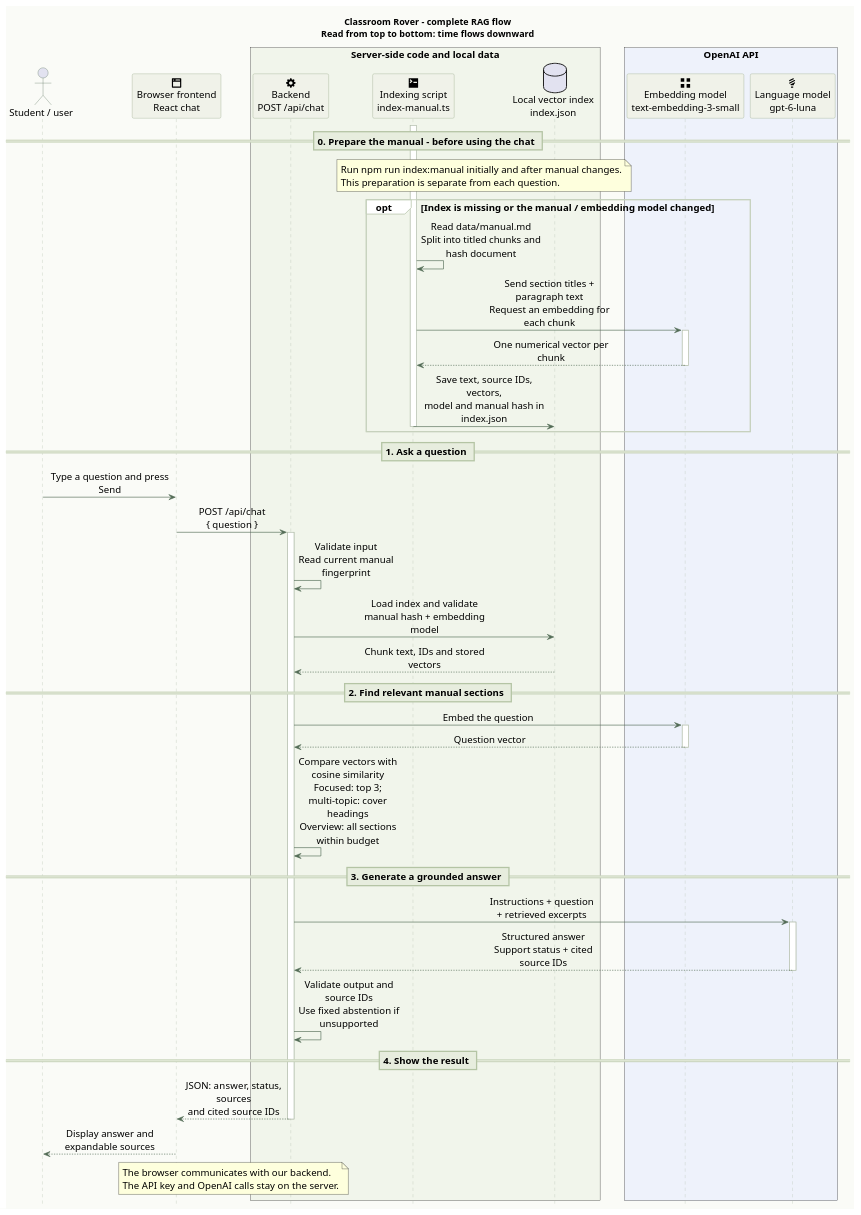
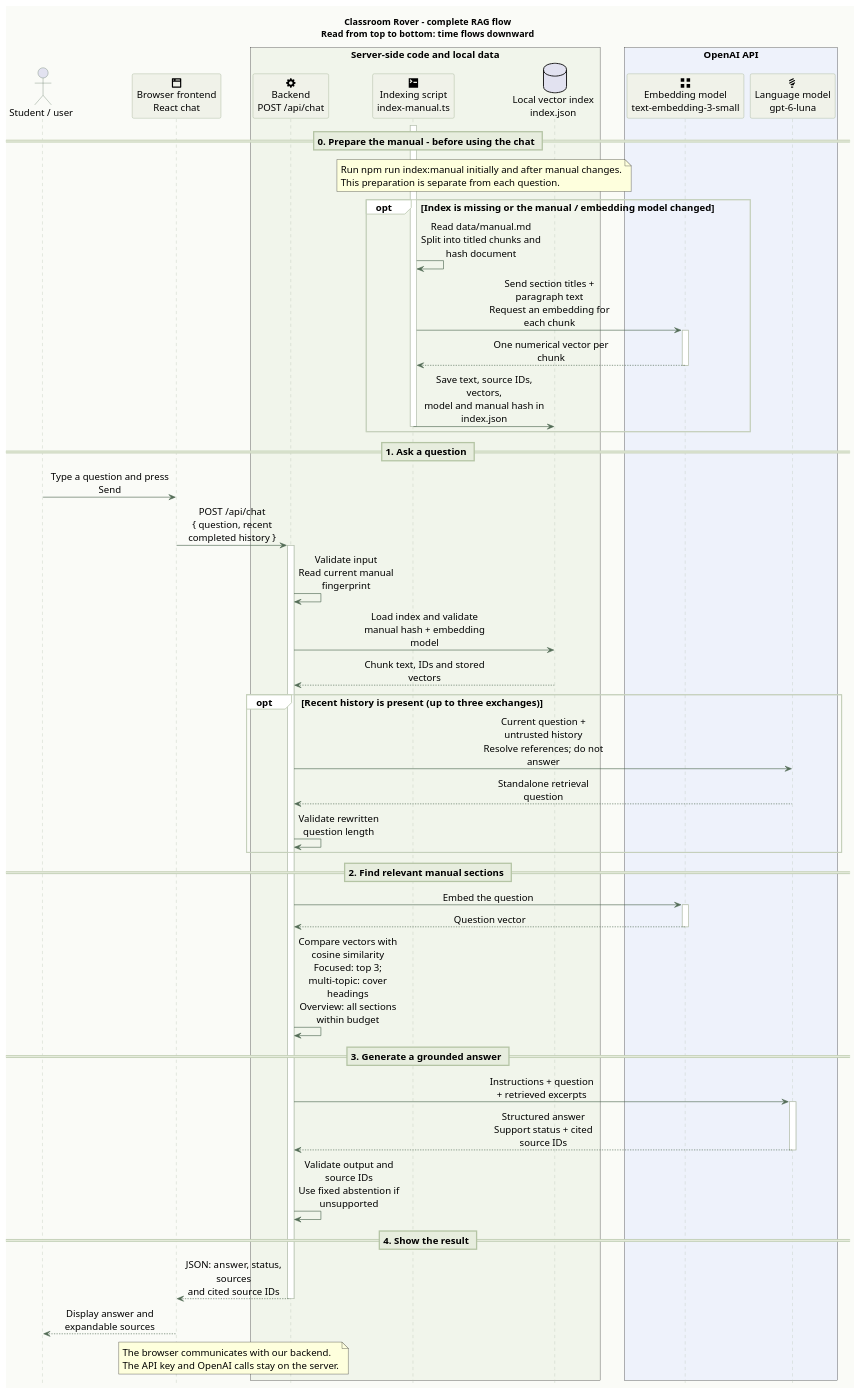
Before and after one commit to vstrah00/robot-manual-rag: the diagram in docs/architecture.puml, drawn with PlantUML. The commit also changed 16 other files, not shown here.

```diff
--- a/docs/architecture.puml
+++ b/docs/architecture.puml
@@ -1,87 +1,93 @@
 @startuml
 title Classroom Rover - complete RAG flow\nRead from top to bottom: time flows downward
 skinparam backgroundColor #FAFBF7
 skinparam shadowing false
 skinparam defaultFontName Arial
 skinparam defaultFontSize 15
 <style>
 participant {
   Padding 26
 }
 </style>
 skinparam BoxPadding 18
 skinparam sequenceMessageAlign center
 skinparam responseMessageBelowArrow true
 skinparam maxMessageSize 190
 skinparam sequence {
   ArrowColor #526B55
   LifeLineBorderColor #B3BEAC
   ParticipantBackgroundColor #F0F2E9
   ParticipantBorderColor #8DA17E
   ActorBorderColor #526B55
   GroupBackgroundColor #FFFFFF
   GroupBorderColor #C5D0BB
   DividerBackgroundColor #E7EDDE
   DividerBorderColor #B4C4A4
 }
 hide footbox
 actor "Student / user" as user
 participant "<size:22><&browser></size>\nBrowser frontend\nReact chat" as frontend
 box "Server-side code and local data" #F1F5EB
   participant "<size:22><&cog></size>\nBackend\nPOST /api/chat" as backend
   participant "<size:22><&terminal></size>\nIndexing script\nindex-manual.ts" as indexing
   database "Local vector index\nindex.json" as index
 end box
 box "OpenAI API" #EEF2FB
   participant "<size:22><&grid-two-up></size>\nEmbedding model\ntext-embedding-3-small" as embedding
   participant "<size:22><&lightbulb></size>\nLanguage model\ngpt-6-luna" as llm
 end box
 
 == 0. Prepare the manual - before using the chat ==
 note over indexing,index
   Run npm run index:manual initially and after manual changes.
   This preparation is separate from each question.
 end note
 opt Index is missing or the manual / embedding model changed
   activate indexing
   indexing -> indexing : Read data/manual.md\nSplit into titled chunks and hash document
   indexing -> embedding : Send section titles + paragraph text\nRequest an embedding for each chunk
   activate embedding
   embedding --> indexing : One numerical vector per chunk
   deactivate embedding
   indexing -> index : Save text, source IDs, vectors,\nmodel and manual hash in index.json
   deactivate indexing
 end
 
 == 1. Ask a question ==
 user -> frontend : Type a question and press Send
-frontend -> backend : POST /api/chat\n{ question }
+frontend -> backend : POST /api/chat\n{ question, recent completed history }
 activate backend
 backend -> backend : Validate input\nRead current manual fingerprint
 backend -> index : Load index and validate\nmanual hash + embedding model
 index --> backend : Chunk text, IDs and stored vectors
+
+opt Recent history is present (up to three exchanges)
+  backend -> llm : Current question + untrusted history\nResolve references; do not answer
+  llm --> backend : Standalone retrieval question
+  backend -> backend : Validate rewritten question length
+end
 
 == 2. Find relevant manual sections ==
 backend -> embedding : Embed the question
 activate embedding
 embedding --> backend : Question vector
 deactivate embedding
 backend -> backend : Compare vectors with cosine similarity\nFocused: top 3; multi-topic: cover headings\nOverview: all sections within budget
 
 == 3. Generate a grounded answer ==
 backend -> llm : Instructions + question\n+ retrieved excerpts
 activate llm
 llm --> backend : Structured answer\nSupport status + cited source IDs
 deactivate llm
 backend -> backend : Validate output and source IDs\nUse fixed abstention if unsupported
 
 == 4. Show the result ==
 backend --> frontend : JSON: answer, status, sources\nand cited source IDs
 deactivate backend
 frontend --> user : Display answer and expandable sources
 
 note over frontend,backend
   The browser communicates with our backend.
   The API key and OpenAI calls stay on the server.
 end note
 @enduml
```
